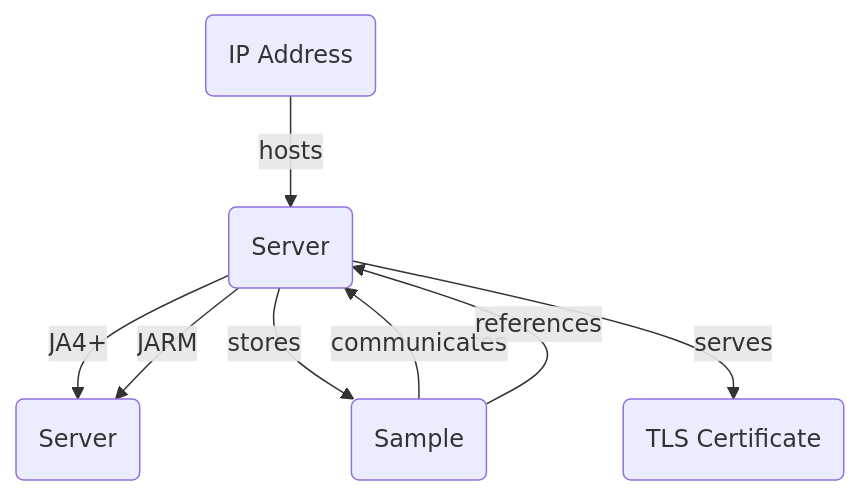
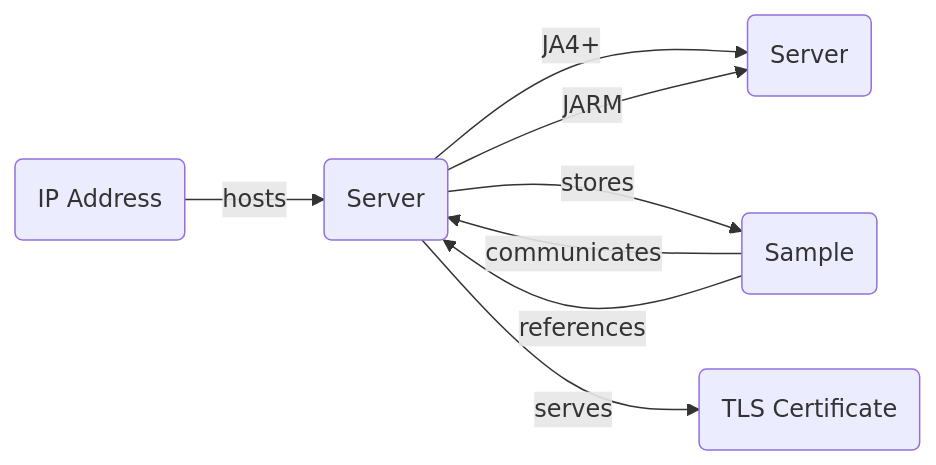
One commit to korniko98/pivot-atlas changed the diagram in docs/artifacts/server.md. Above: the diagram before and after it, drawn with Mermaid. The commit also changed other lines of this file and 26 other files, not shown here.

````diff
--- a/docs/artifacts/server.md
+++ b/docs/artifacts/server.md
@@ -23,14 +25,14 @@
 	```mermaid
-	flowchart TD
+	flowchart LR
 		A("IP Address") -- hosts --> B("Server")
 		C("Sample") -- communicates --> B
 		C -- references --> B
 		B -- JA4+ --> D("Server")
 		B -- JARM --> D
 		B -- stores --> C
 		B -- serves--> E("TLS Certificate")
 		click A "#ip-addresses"
 		click C "#samples"
 		click D "#server"
 		click E "#tls-certificates"
 	```
````
